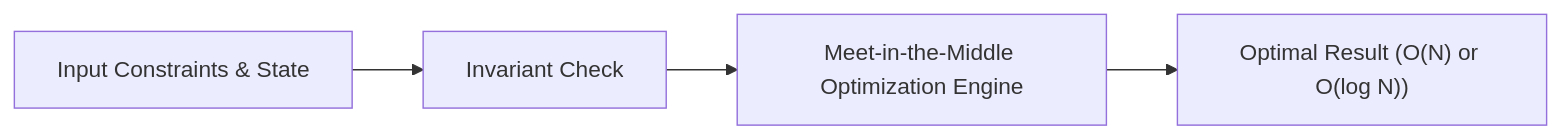
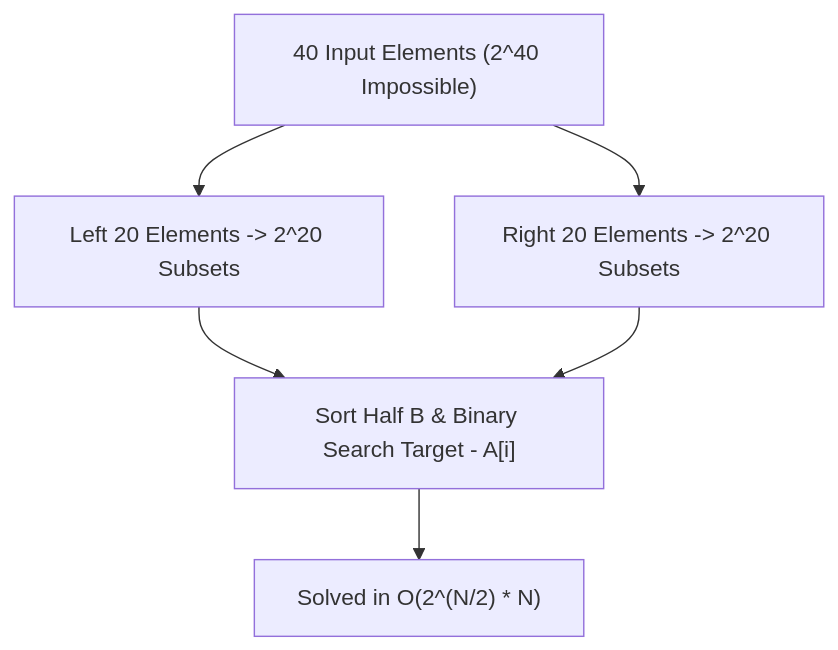
One commit to dip4k/DSA_102 changed the diagram in week_18_probabilistic_ds_systems/Week_18_Day_01_Meet_In_The_Middle_Instructional.md. Above: the diagram before and after it, drawn with Mermaid. The commit also changed other lines of this file and 70 other files, not shown here.

````diff
--- a/week_18_probabilistic_ds_systems/Week_18_Day_01_Meet_In_The_Middle_Instructional.md
+++ b/week_18_probabilistic_ds_systems/Week_18_Day_01_Meet_In_The_Middle_Instructional.md
@@ -28,6 +31,8 @@
 ```mermaid
-flowchart LR
-    Input["Input Constraints & State"] --> Analysis["Invariant Check"]
-    Analysis --> Engine["Meet-in-the-Middle Optimization Engine"]
-    Engine --> Output["Optimal Result (O(N) or O(log N))"]
+flowchart TD
+    N40["40 Input Elements (2^40 Impossible)"] --> HalfA["Left 20 Elements -> 2^20 Subsets"]
+    N40 --> HalfB["Right 20 Elements -> 2^20 Subsets"]
+    HalfA --> Reconcile["Sort Half B & Binary Search Target - A[i]"]
+    HalfB --> Reconcile
+    Reconcile --> Result["Solved in O(2^(N/2) * N)"]
 ```
````
